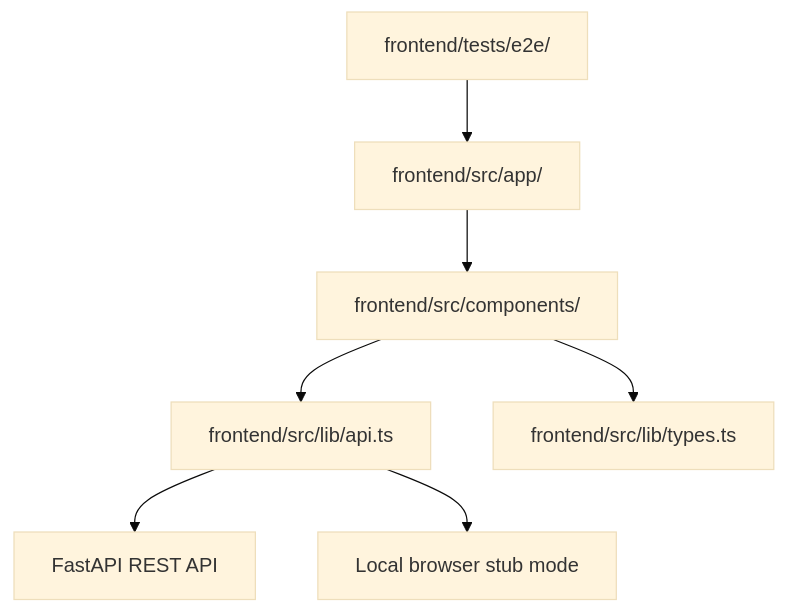
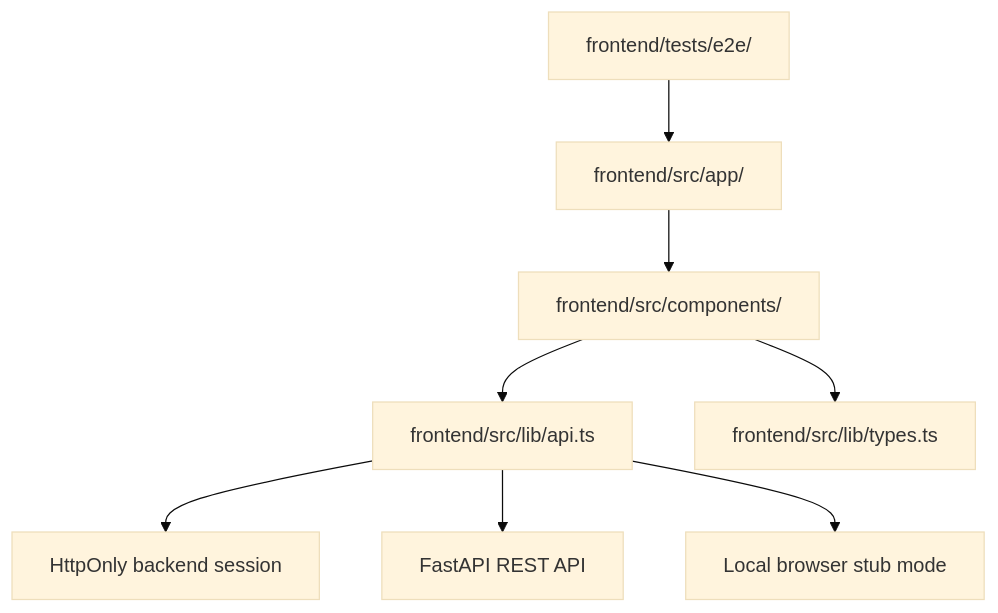
Before and after one commit to 4ffaad/FYP-MDS01: the first of 4 diagrams in docs/frontend.md, drawn with Mermaid (base theme). The commit also changed other lines of this file and 41 other files, not shown here.

````diff
--- a/docs/frontend.md
+++ b/docs/frontend.md
@@ -11,9 +11,10 @@
 ```mermaid
 flowchart TD
     Pages[frontend/src/app/] --> Screens[frontend/src/components/]
     Screens --> API[frontend/src/lib/api.ts]
+    API --> Auth[HttpOnly backend session]
     API --> FastAPI[FastAPI REST API]
     API --> Stub[Local browser stub mode]
     Screens --> Types[frontend/src/lib/types.ts]
     Tests[frontend/tests/e2e/] --> Pages
 ```
````
